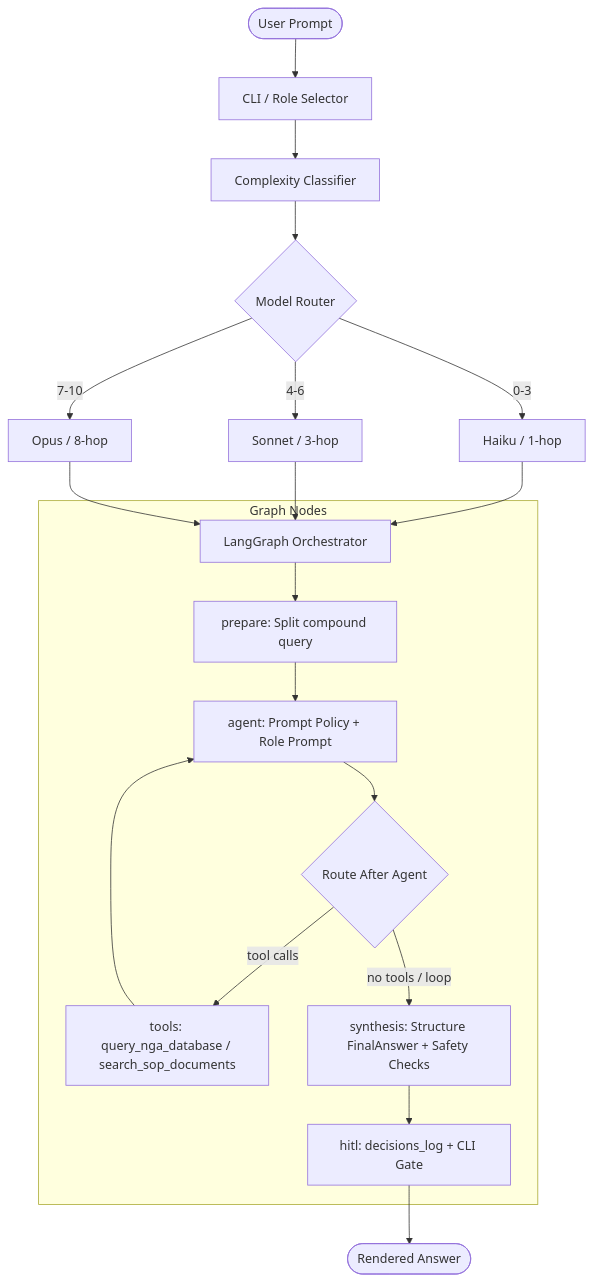
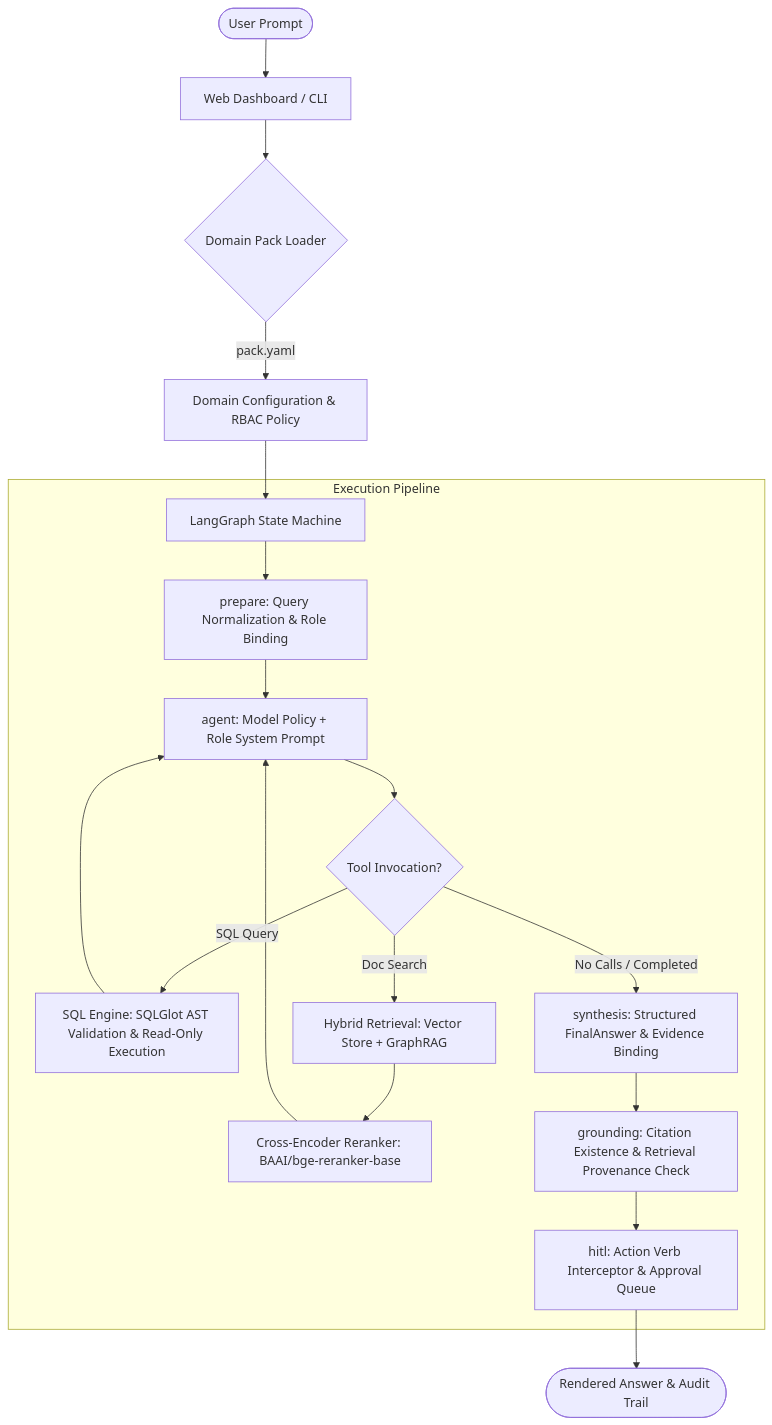
One commit to SophiaSama/Manufacturing-Assistant-Agent-Framework changed the diagram in README.md. Above: the diagram before and after it, drawn with Mermaid. The commit also changed other lines of this file, not shown here.

````diff
--- a/README.md
+++ b/README.md
@@ -27,22 +36,27 @@
 ```mermaid
 graph TD
-    User([User Prompt]) --> CLI[CLI / Role Selector]
-    CLI --> Classifier[Complexity Classifier]
-    Classifier --> Router{Model Router}
-    Router -- 0-3 --> T1[Haiku / 1-hop]
-    Router -- 4-6 --> T2[Sonnet / 3-hop]
-    Router -- 7-10 --> T3[Opus / 8-hop]
-    T1 & T2 & T3 --> Graph[LangGraph Orchestrator]
+    User([User Prompt]) --> UI[Web Dashboard / CLI]
+    UI --> DomainRouter{Domain Pack Loader}
+    DomainRouter -- pack.yaml --> Config[Domain Configuration & RBAC Policy]
     
-    subgraph Graph Nodes
-        Graph --> Prep[prepare: Split compound query]
-        Prep --> Agt[agent: Prompt Policy + Role Prompt]
-        Agt --> Tools{Route After Agent}
-        Tools -- tool calls --> ToolNode[tools: query_nga_database / search_sop_documents]
-        ToolNode --> Agt
-        Tools -- no tools / loop --> Synth[synthesis: Structure FinalAnswer + Safety Checks]
-        Synth --> HITL[hitl: decisions_log + CLI Gate]
+    Config --> Orchestrator[LangGraph State Machine]
+    
+    subgraph Execution Pipeline
+        Orchestrator --> Prep[prepare: Query Normalization & Role Binding]
+        Prep --> Agt[agent: Model Policy + Role System Prompt]
+        Agt --> Tools{Tool Invocation?}
+        
+        Tools -- SQL Query --> SQLTool[SQL Engine: SQLGlot AST Validation & Read-Only Execution]
+        Tools -- Doc Search --> HybridRetr[Hybrid Retrieval: Vector Store + GraphRAG]
+        HybridRetr --> Reranker[Cross-Encoder Reranker: BAAI/bge-reranker-base]
+        
+        SQLTool --> Agt
+        Reranker --> Agt
+        
+        Tools -- No Calls / Completed --> Synth[synthesis: Structured FinalAnswer & Evidence Binding]
+        Synth --> Grounding[grounding: Citation Existence & Retrieval Provenance Check]
+        Grounding --> HITL[hitl: Action Verb Interceptor & Approval Queue]
     end
     
-    HITL --> Output([Rendered Answer])
+    HITL --> Output([Rendered Answer & Audit Trail])
 ```
````
